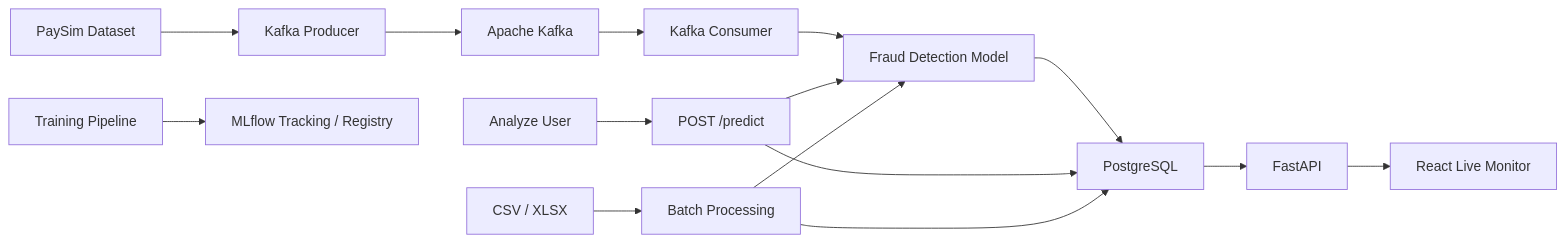
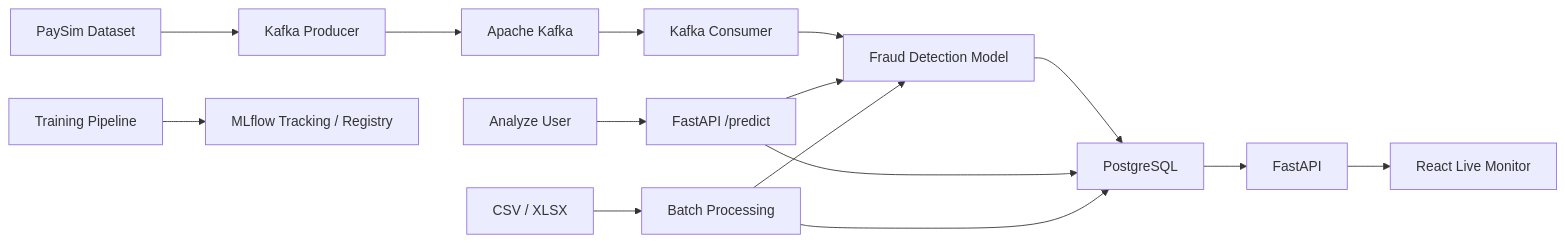
Before and after one commit to kowchunxiang/fraud-mlops-platform: the first of 2 diagrams in README.md, drawn with Mermaid. The commit also changed other lines of this file, not shown here.

````diff
--- a/README.md
+++ b/README.md
@@ -7,20 +17,20 @@
 ```mermaid
 flowchart LR
     A[PaySim Dataset] --> B[Kafka Producer]
     B --> C[Apache Kafka]
     C --> D[Kafka Consumer]
     D --> E[Fraud Detection Model]
     E --> F[PostgreSQL]
     F --> G[FastAPI]
     G --> H[React Live Monitor]
 
-    I[Analyze User] --> J[POST /predict]
+    I[Analyze User] --> J[FastAPI /predict]
     J --> E
     J --> F
 
     K[CSV / XLSX] --> L[Batch Processing]
     L --> E
     L --> F
 
     M[Training Pipeline] --> N[MLflow Tracking / Registry]
 ```
````
